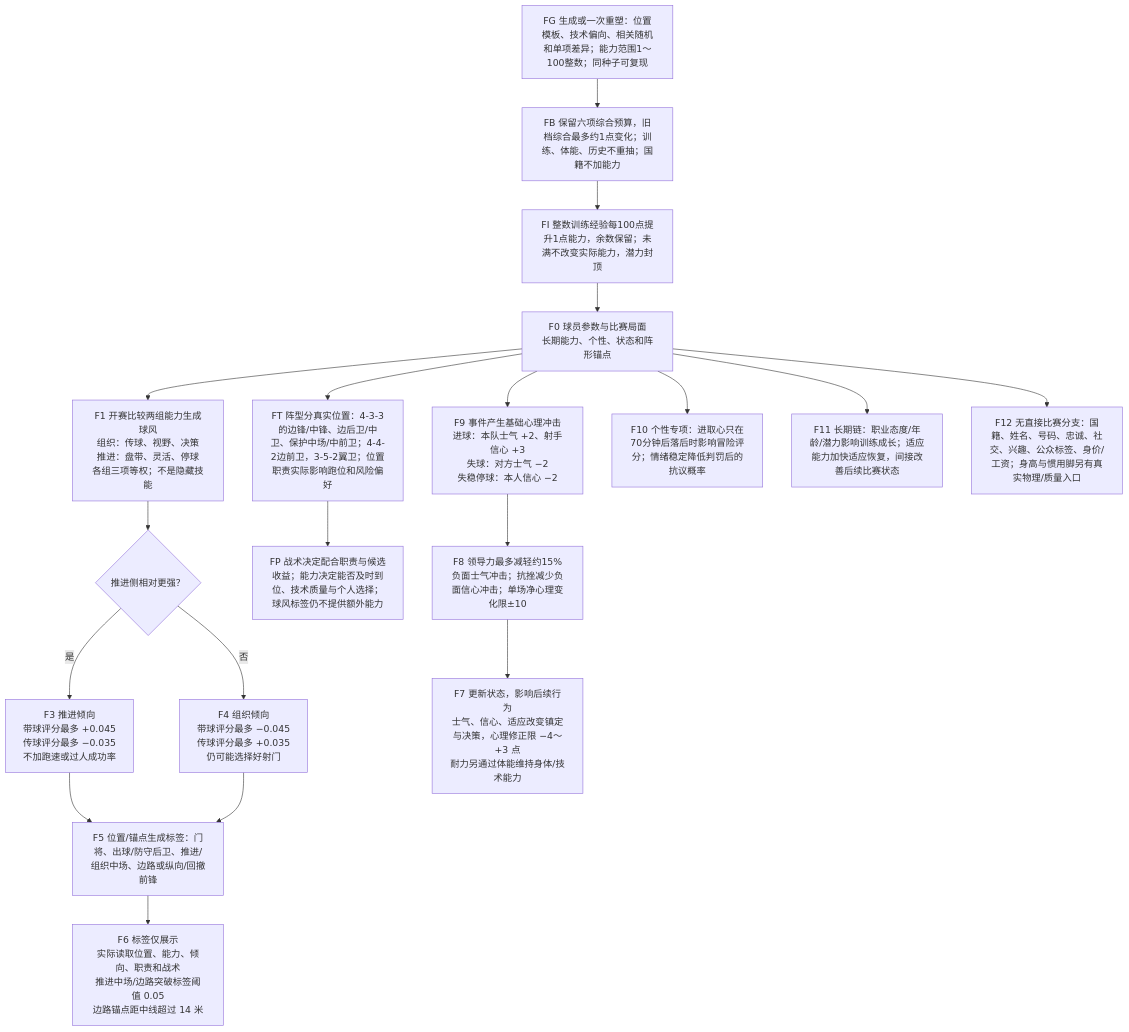
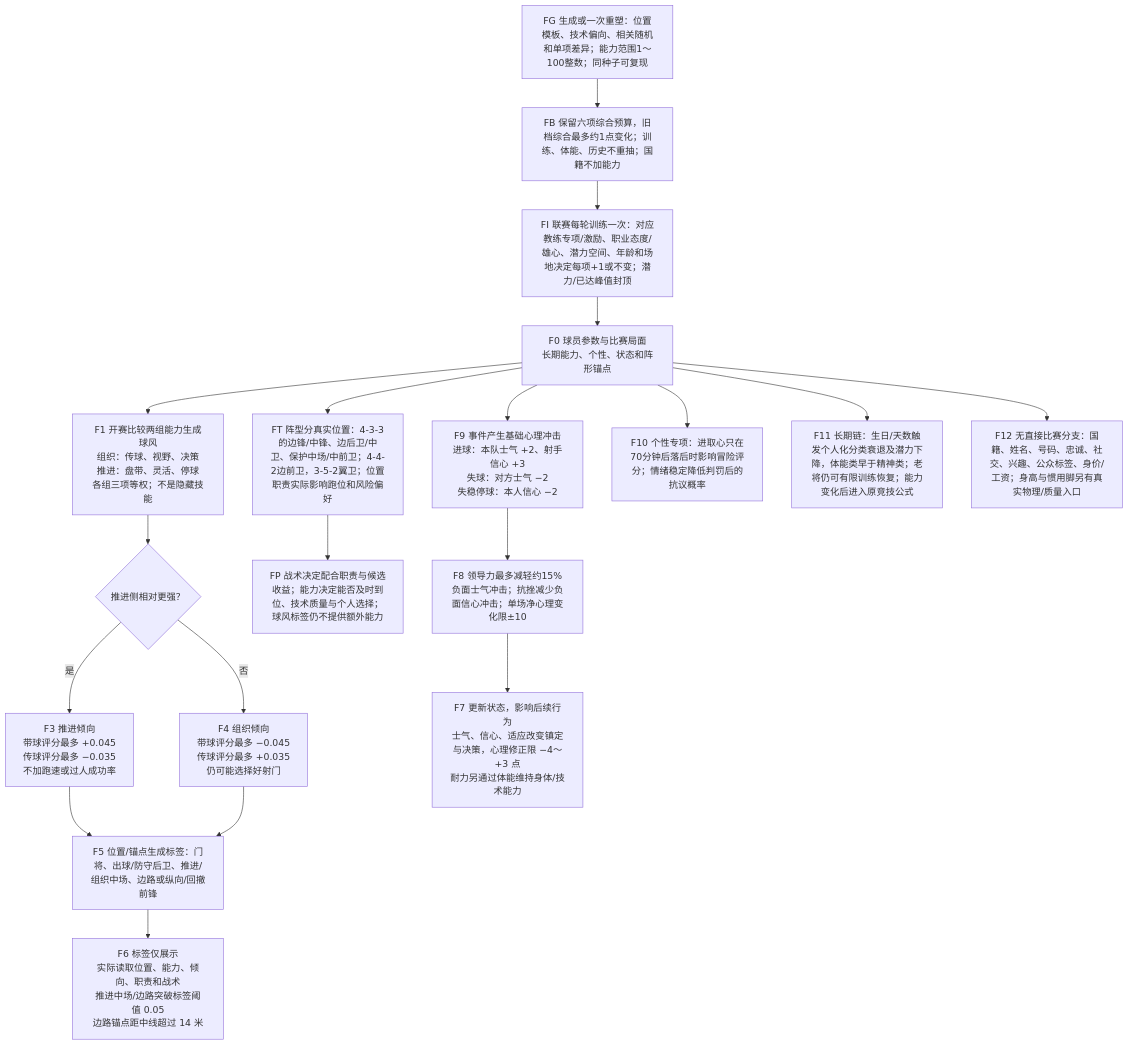
One commit to sixu3575/touchline-manager changed the sixth of 7 diagrams in packages/shared/modules/matches/design/PLAYER_DECISION_MAP.md. Above: the diagram before and after it, drawn with Mermaid. The commit also changed other lines of this file and 68 other files, not shown here.

````diff
--- a/packages/shared/modules/matches/design/PLAYER_DECISION_MAP.md
+++ b/packages/shared/modules/matches/design/PLAYER_DECISION_MAP.md
@@ -345,21 +345,21 @@
 ```mermaid
 flowchart TD
   FG["FG 生成或一次重塑：位置模板、技术偏向、相关随机和单项差异；能力范围1～100整数；同种子可复现"] --> FB["FB 保留六项综合预算，旧档综合最多约1点变化；训练、体能、历史不重抽；国籍不加能力"]
-  FB --> FI["FI 整数训练经验每100点提升1点能力，余数保留；未满不改变实际能力，潜力封顶"]
+  FB --> FI["FI 联赛每轮训练一次：对应教练专项/激励、职业态度/雄心、潜力空间、年龄和场地决定每项+1或不变；潜力/已达峰值封顶"]
   FI --> F0
   F0["F0 球员参数与比赛局面<br/>长期能力、个性、状态和阵形锚点"] --> F1["F1 开赛比较两组能力生成球风<br/>组织：传球、视野、决策<br/>推进：盘带、灵活、停球<br/>各组三项等权；不是隐藏技能"]
   F1 --> F2{"推进侧相对更强？"}
   F2 -->|是| F3["F3 推进倾向<br/>带球评分最多 +0.045<br/>传球评分最多 −0.035<br/>不加跑速或过人成功率"]
   F2 -->|否| F4["F4 组织倾向<br/>带球评分最多 −0.045<br/>传球评分最多 +0.035<br/>仍可能选择好射门"]
   F3 --> F5["F5 位置/锚点生成标签：门将、出球/防守后卫、推进/组织中场、边路或纵向/回撤前锋"]
   F4 --> F5
   F5 --> F6["F6 标签仅展示<br/>实际读取位置、能力、倾向、职责和战术<br/>推进中场/边路突破标签阈值 0.05<br/>边路锚点距中线超过 14 米"]
   F0 --> FT["FT 阵型分真实位置：4-3-3的边锋/中锋、边后卫/中卫、保护中场/中前卫；4-4-2边前卫，3-5-2翼卫；位置职责实际影响跑位和风险偏好"]
   FT --> FP["FP 战术决定配合职责与候选收益；能力决定能否及时到位、技术质量与个人选择；球风标签仍不提供额外能力"]
   F0 --> F9["F9 事件产生基础心理冲击<br/>进球：本队士气 +2、射手信心 +3<br/>失球：对方士气 −2<br/>失稳停球：本人信心 −2"]
   F9 --> F8["F8 领导力最多减轻约15%负面士气冲击；抗挫减少负面信心冲击；单场净心理变化限±10"]
   F8 --> F7["F7 更新状态，影响后续行为<br/>士气、信心、适应改变镇定与决策，心理修正限 −4～+3 点<br/>耐力另通过体能维持身体/技术能力"]
   F0 --> F10["F10 个性专项：进取心只在70分钟后落后时影响冒险评分；情绪稳定降低判罚后的抗议概率"]
-  F0 --> F11["F11 长期链：职业态度/年龄/潜力影响训练成长；适应能力加快适应恢复，间接改善后续比赛状态"]
+  F0 --> F11["F11 长期链：生日/天数触发个人化分类衰退及潜力下降，体能类早于精神类；老将仍可有限训练恢复；能力变化后进入原竞技公式"]
   F0 --> F12["F12 无直接比赛分支：国籍、姓名、号码、忠诚、社交、兴趣、公众标签、身价/工资；身高与惯用脚另有真实物理/质量入口"]
 ```
````
